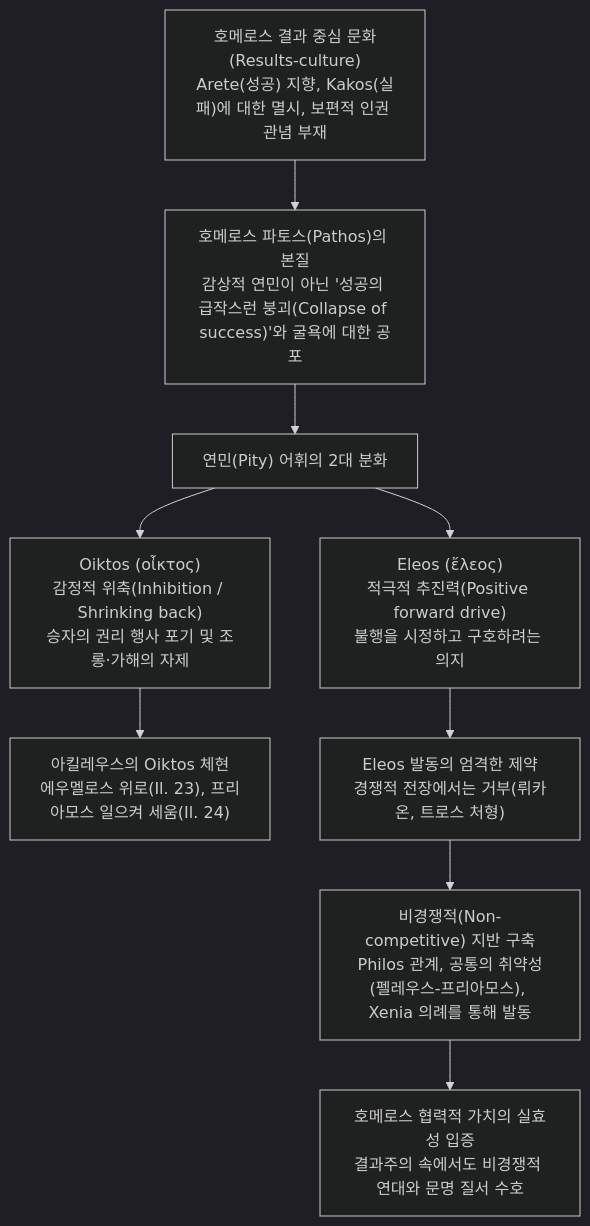
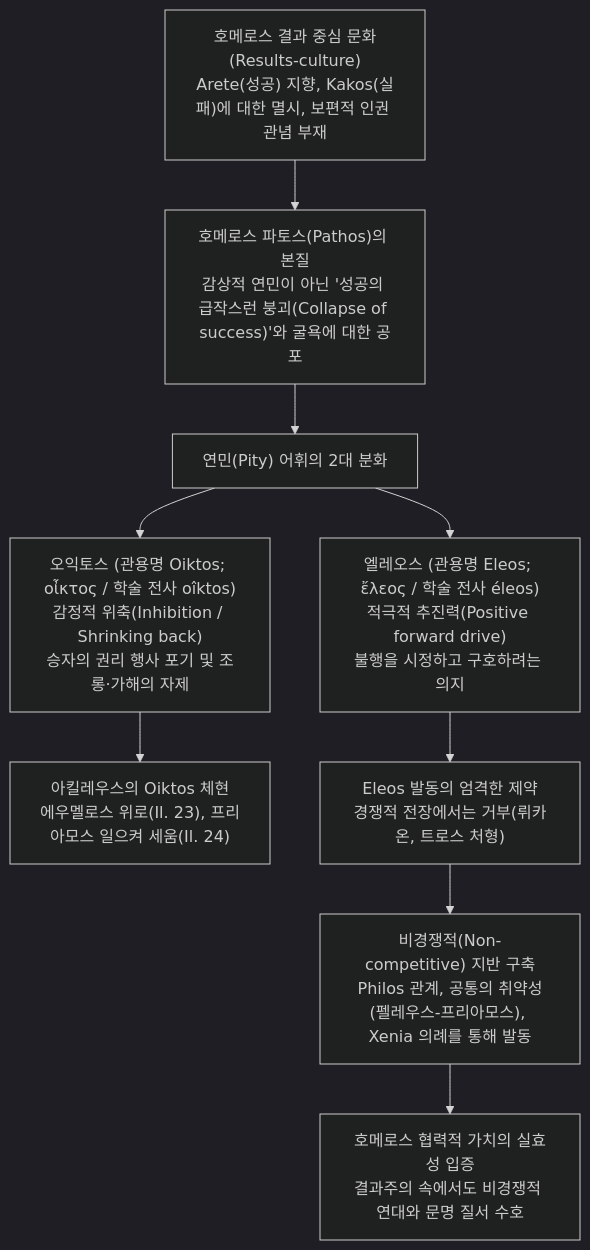
Before and after one commit to YgHnSIM/Homer_wiki: the diagram in wiki/sources/scott-1979-pity-and-pathos.md, drawn with Mermaid (dark theme). The commit also changed other lines of this file and 39 other files, not shown here.

````diff
--- a/wiki/sources/scott-1979-pity-and-pathos.md
+++ b/wiki/sources/scott-1979-pity-and-pathos.md
@@ -53,11 +54,11 @@
 ```mermaid
 graph TD
     A["호메로스 결과 중심 문화(Results-culture)<br/>Arete(성공) 지향, Kakos(실패)에 대한 멸시, 보편적 인권 관념 부재"] --> B["호메로스 파토스(Pathos)의 본질<br/>감상적 연민이 아닌 '성공의 급작스런 붕괴(Collapse of success)'와 굴욕에 대한 공포"]
     B --> C["연민(Pity) 어휘의 2대 분화"]
-    C --> D["Oiktos (οἶκτος)<br/>감정적 위축(Inhibition / Shrinking back)<br/>승자의 권리 행사 포기 및 조롱·가해의 자제"]
-    C --> E["Eleos (ἔλεος)<br/>적극적 추진력(Positive forward drive)<br/>불행을 시정하고 구호하려는 의지"]
+    C --> D["오익토스 (관용명 Oiktos; οἶκτος / 학술 전사 oîktos)<br/>감정적 위축(Inhibition / Shrinking back)<br/>승자의 권리 행사 포기 및 조롱·가해의 자제"]
+    C --> E["엘레오스 (관용명 Eleos; ἔλεος / 학술 전사 éleos)<br/>적극적 추진력(Positive forward drive)<br/>불행을 시정하고 구호하려는 의지"]
     D --> F["아킬레우스의 Oiktos 체현<br/>에우멜로스 위로(Il. 23), 프리아모스 일으켜 세움(Il. 24)"]
     E --> G["Eleos 발동의 엄격한 제약<br/>경쟁적 전장에서는 거부(뤼카온, 트로스 처형)"]
     G --> H["비경쟁적(Non-competitive) 지반 구축<br/>Philos 관계, 공통의 취약성(펠레우스-프리아모스), Xenia 의례를 통해 발동"]
     H --> I["호메로스 협력적 가치의 실효성 입증<br/>결과주의 속에서도 비경쟁적 연대와 문명 질서 수호"]
 ```
````
